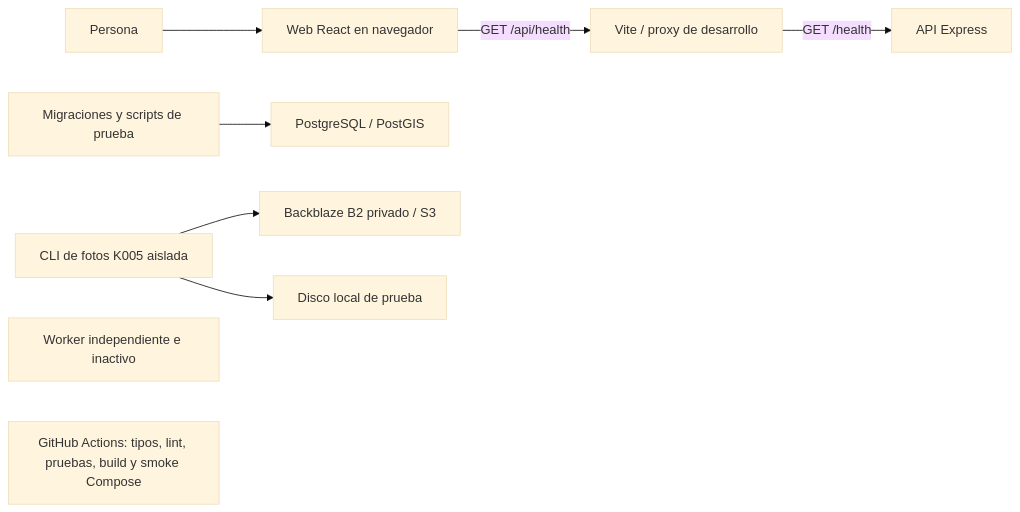
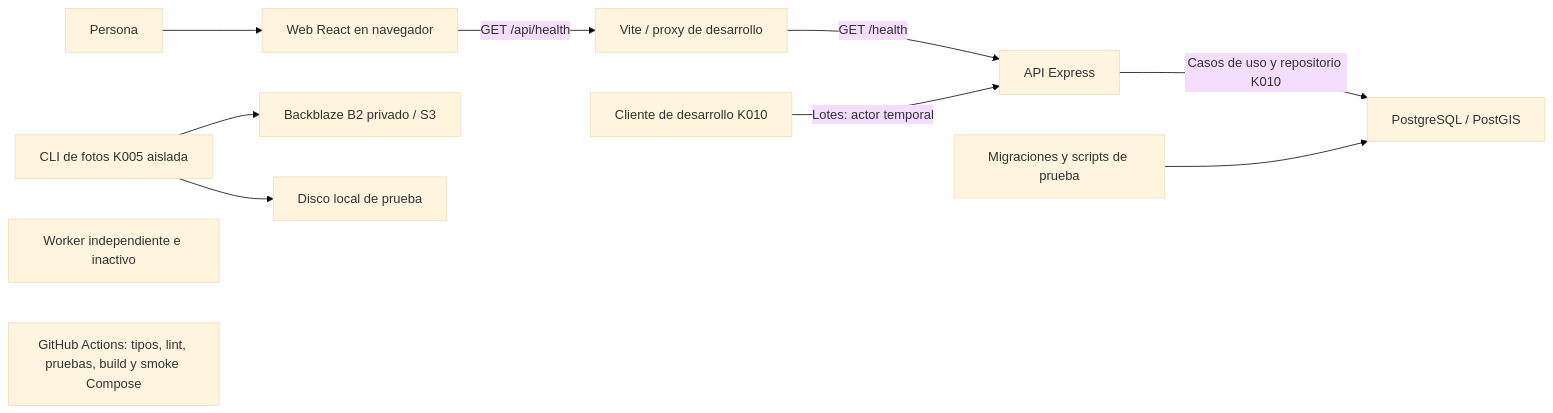
One commit to ClemoAcevedo/rescate changed the first of 2 diagrams in docs/arquitectura/arquitectura.md. Above: the diagram before and after it, drawn with Mermaid (base theme). The commit also changed other lines of this file and 39 other files, not shown here.

````diff
--- a/docs/arquitectura/arquitectura.md
+++ b/docs/arquitectura/arquitectura.md
@@ -56,11 +55,13 @@
 ```mermaid
 flowchart LR
   persona["Persona"] --> web["Web React en navegador"]
   web -->|GET /api/health| vite["Vite / proxy de desarrollo"]
   vite -->|GET /health| api["API Express"]
+  cliente["Cliente de desarrollo K010"] -->|Lotes: actor temporal| api
+  api -->|Casos de uso y repositorio K010| db
   migraciones["Migraciones y scripts de prueba"] --> db["PostgreSQL / PostGIS"]
   fotos["CLI de fotos K005 aislada"] --> b2["Backblaze B2 privado / S3"]
   fotos --> disco["Disco local de prueba"]
   worker["Worker independiente e inactivo"]
   ci["GitHub Actions: tipos, lint, pruebas, build y smoke Compose"]
 ```
````
